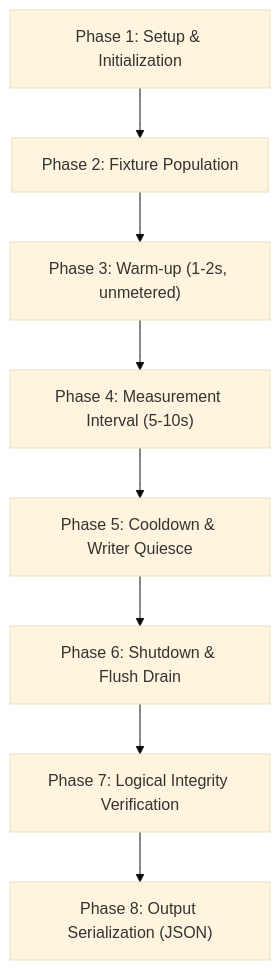
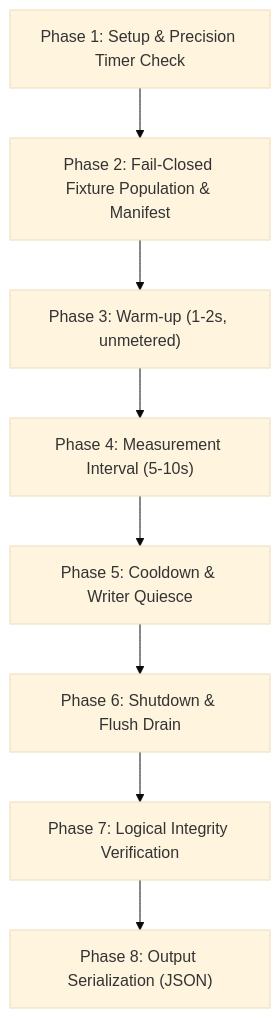
Before and after one commit to itsramhere/selfdbms: the diagram in research/experiments/methodology.md, drawn with Mermaid (base theme). The commit also changed other lines of this file and 54 other files, not shown here.

````diff
--- a/research/experiments/methodology.md
+++ b/research/experiments/methodology.md
@@ -154,10 +185,10 @@
 ```mermaid
 flowchart TD
-    A["Phase 1: Setup & Initialization"] --> B["Phase 2: Fixture Population"]
+    A["Phase 1: Setup & Precision Timer Check"] --> B["Phase 2: Fail-Closed Fixture Population & Manifest"]
     B --> C["Phase 3: Warm-up (1-2s, unmetered)"]
     C --> D["Phase 4: Measurement Interval (5-10s)"]
     D --> E["Phase 5: Cooldown & Writer Quiesce"]
     E --> F["Phase 6: Shutdown & Flush Drain"]
     F --> G["Phase 7: Logical Integrity Verification"]
     G --> H["Phase 8: Output Serialization (JSON)"]
 ```
````
